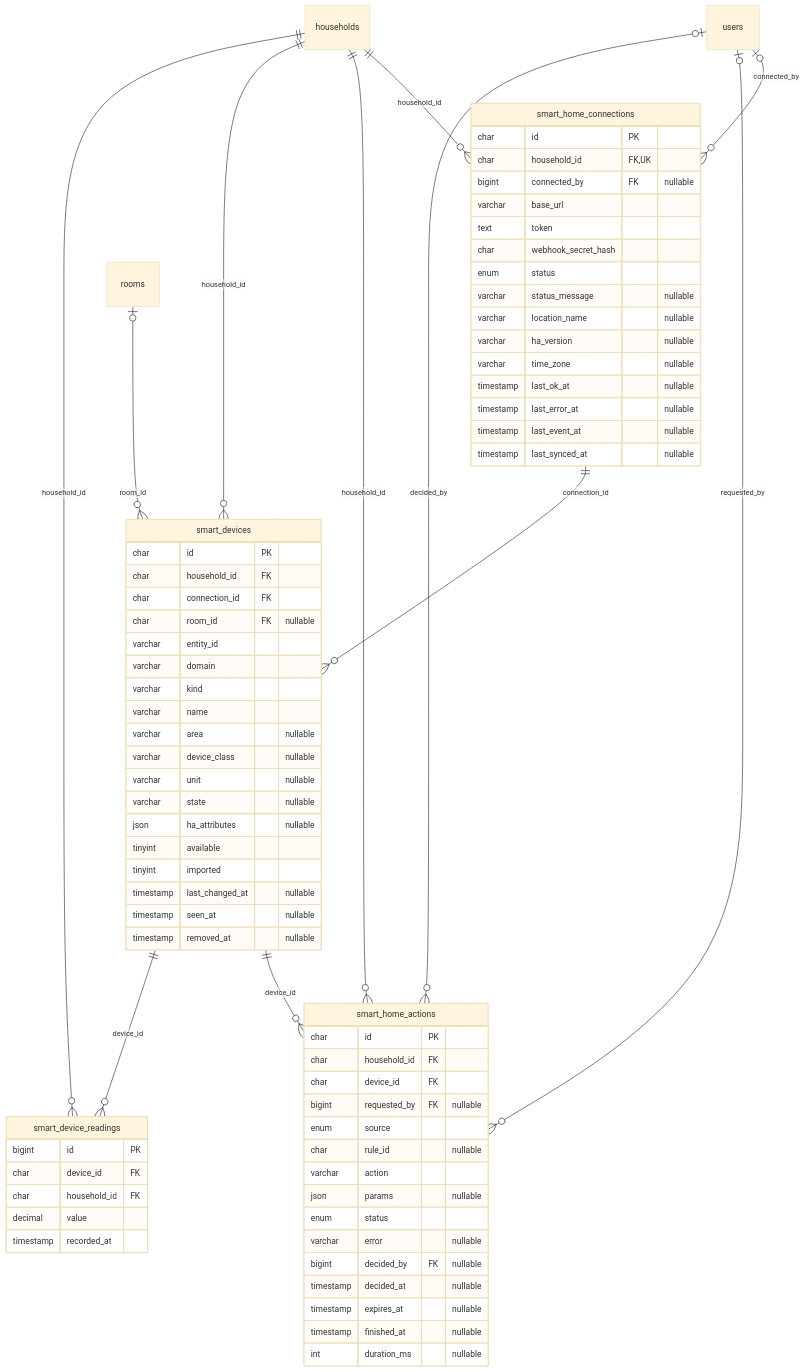
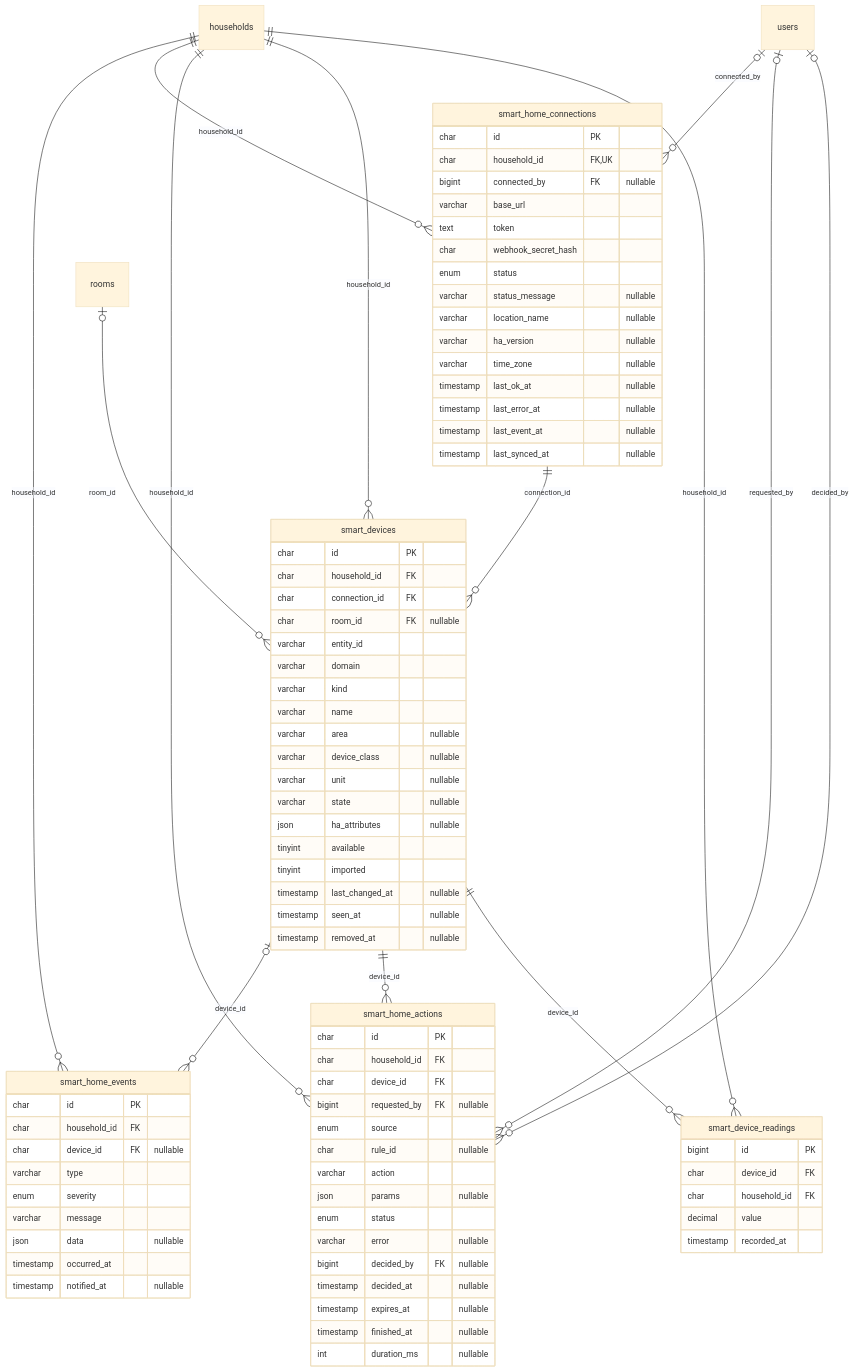
One commit to kgiannopoulou/home-helper-api changed diagram 13 of 13 in docs/database.md. Above: the diagram before and after it, drawn with Mermaid (base theme). The commit also changed other lines of this file and 16 other files, not shown here.

Commit message:
Smart home: door, window and motion sensors, an event log, a warning for anything left open (day 79)

````diff
--- a/docs/database.md
+++ b/docs/database.md
@@ -802,6 +803,17 @@
         decimal value
         timestamp recorded_at
     }
+    smart_home_events {
+        char id PK
+        char household_id FK
+        char device_id FK "nullable"
+        varchar type
+        enum severity
+        varchar message
+        json data "nullable"
+        timestamp occurred_at
+        timestamp notified_at "nullable"
+    }
     smart_home_actions {
         char id PK
         char household_id FK
@@ -830,4 +842,6 @@
     users |o--o{ smart_home_actions : "requested_by"
     users |o--o{ smart_home_connections : "connected_by"
     households ||--o{ smart_home_connections : "household_id"
+    smart_devices |o--o{ smart_home_events : "device_id"
+    households ||--o{ smart_home_events : "household_id"
 ```
````
